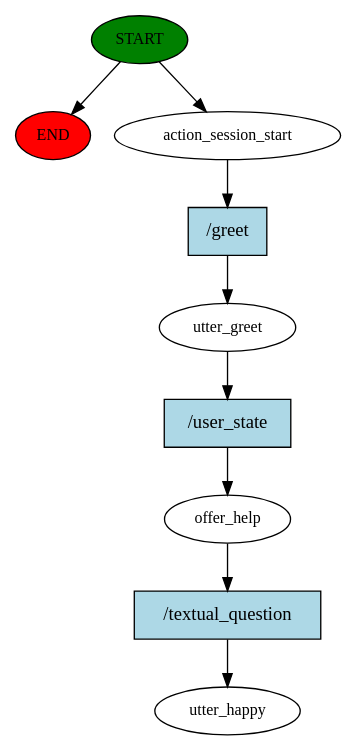
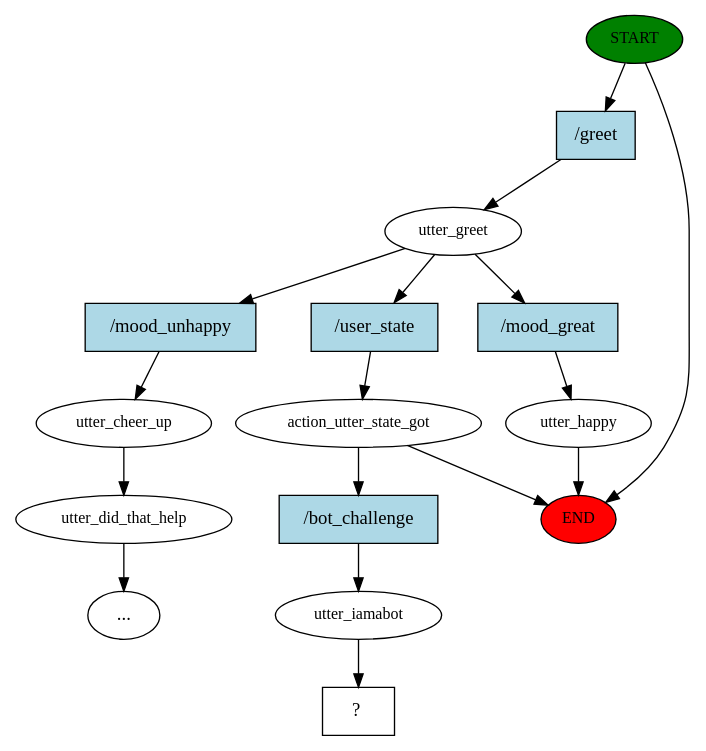
Before and after one commit to OmprakashSirvi/Chatbot: the diagram in rasa_architecture/story_graph.dot, drawn with Graphviz. The commit also changed 5 other files, not shown here.

```diff
--- a/rasa_architecture/story_graph.dot
+++ b/rasa_architecture/story_graph.dot
@@ -1,19 +1,33 @@
 digraph  {
 0 [class="start active", fillcolor=green, fontsize=12, label=START, style=filled];
 "-1" [class=end, fillcolor=red, fontsize=12, label=END, style=filled];
-1 [class=active, fontsize=12, label=action_session_start];
-2 [class=active, fontsize=12, label=utter_greet];
-3 [class=active, fontsize=12, label=offer_help];
-4 [class="dashed active", fontsize=12, label=utter_happy];
-5 [class="intent active", fillcolor=lightblue, label="/greet", shape=rect, style=filled];
-6 [class="intent active", fillcolor=lightblue, label="/user_state", shape=rect, style=filled];
-7 [class="intent active", fillcolor=lightblue, label="/textual_question", shape=rect, style=filled];
+1 [class=active, fontsize=12, label=utter_greet];
+2 [class="", fontsize=12, label=utter_happy];
+4 [class="", fontsize=12, label=utter_cheer_up];
+5 [class="", fontsize=12, label=utter_did_that_help];
+"-4" [class=ellipsis, label="..."];
+10 [class=active, fontsize=12, label=action_utter_state_got];
+13 [class=active, fontsize=12, label=utter_iamabot];
+14 [class="intent dashed active", label="  ?  ", shape=rect];
+15 [class="intent active", fillcolor=lightblue, label="/greet", shape=rect, style=filled];
+16 [class=intent, fillcolor=lightblue, label="/mood_great", shape=rect, style=filled];
+17 [class=intent, fillcolor=lightblue, label="/mood_unhappy", shape=rect, style=filled];
+18 [class="intent active", fillcolor=lightblue, label="/user_state", shape=rect, style=filled];
+19 [class="intent active", fillcolor=lightblue, label="/bot_challenge", shape=rect, style=filled];
 0 -> "-1"  [class="", key=NONE, label=""];
-0 -> 1  [class=active, key=NONE, label=""];
-1 -> 5  [class=active, key=0];
-2 -> 6  [class=active, key=0];
-3 -> 7  [class=active, key=0];
-5 -> 2  [class=active, key=0];
-6 -> 3  [class=active, key=0];
-7 -> 4  [class=active, key=0];
+0 -> 15  [class=active, key=0];
+1 -> 16  [class="", key=0];
+1 -> 17  [class="", key=0];
+1 -> 18  [class=active, key=0];
+2 -> "-1"  [class="", key=NONE, label=""];
+4 -> 5  [class="", key=NONE, label=""];
+5 -> "-4"  [class="", key=NONE, label=""];
+10 -> "-1"  [class="", key=NONE, label=""];
+10 -> 19  [class=active, key=0];
+13 -> 14  [class=active, key=NONE, label=""];
+15 -> 1  [class=active, key=0];
+16 -> 2  [class="", key=0];
+17 -> 4  [class="", key=0];
+18 -> 10  [class=active, key=0];
+19 -> 13  [class=active, key=0];
 }
```
